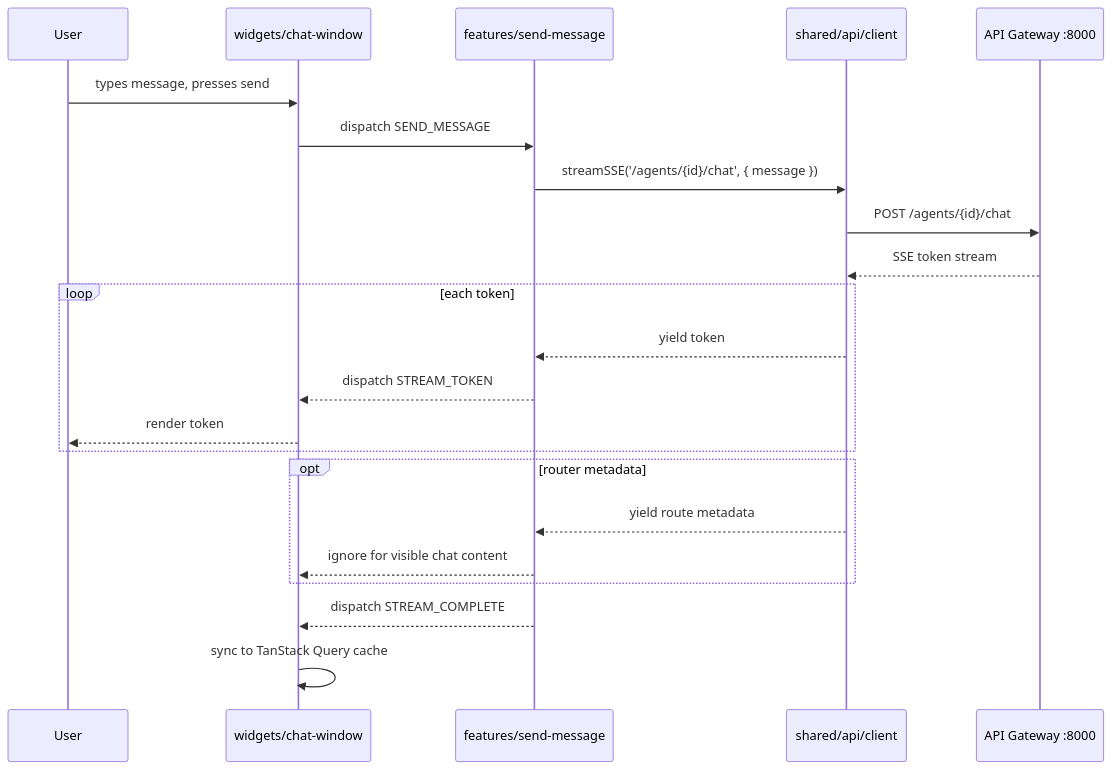
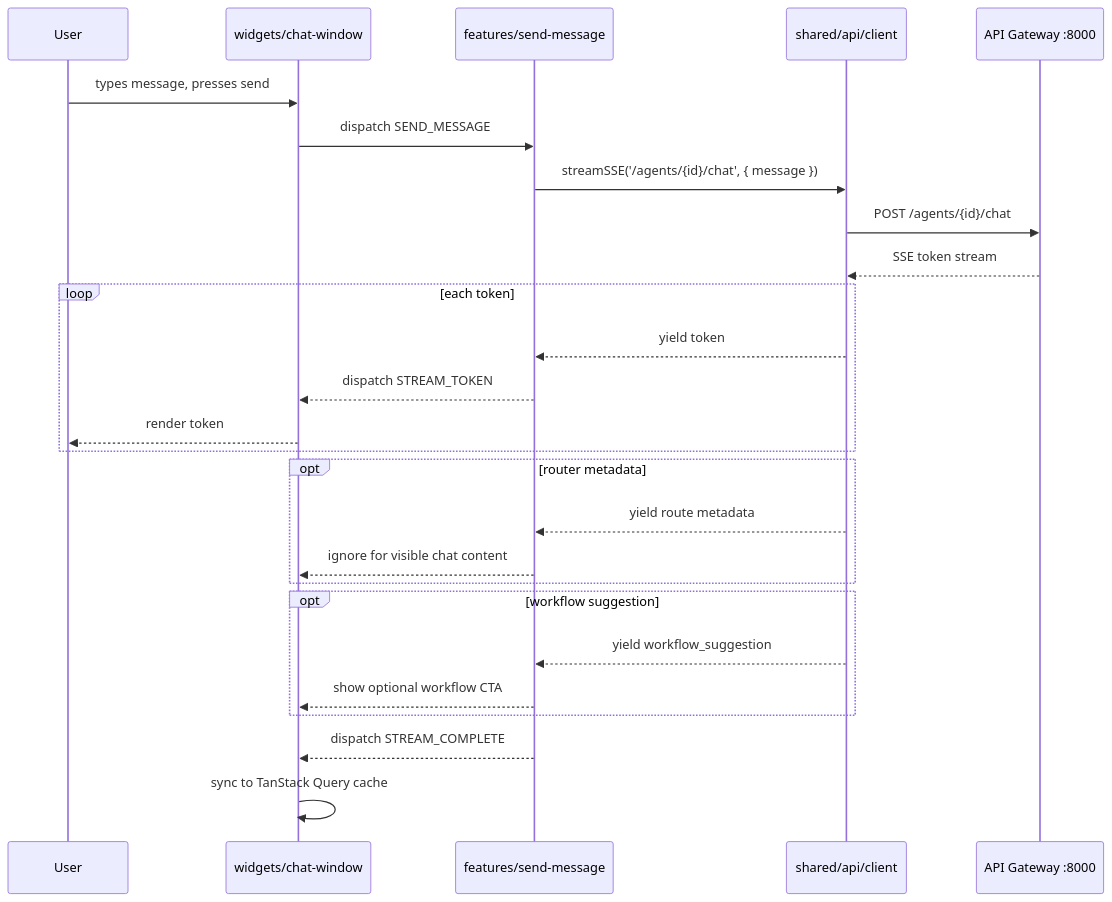
The seventh of 7 diagrams in docs/frontend/architecture.md (valiobar/agents), drawn with Mermaid before and after one commit. The commit also changed other lines of this file and 63 other files, not shown here.

````diff
--- a/docs/frontend/architecture.md
+++ b/docs/frontend/architecture.md
@@ -866,25 +870,29 @@
 ```mermaid
 sequenceDiagram
     participant User
     participant ChatWindow as widgets/chat-window
     participant SendMsg as features/send-message
     participant ApiClient as shared/api/client
     participant Gateway as API Gateway :8000
 
     User->>ChatWindow: types message, presses send
     ChatWindow->>SendMsg: dispatch SEND_MESSAGE
     SendMsg->>ApiClient: streamSSE('/agents/{id}/chat', { message })
     ApiClient->>Gateway: POST /agents/{id}/chat
     Gateway-->>ApiClient: SSE token stream
     loop each token
         ApiClient-->>SendMsg: yield token
         SendMsg-->>ChatWindow: dispatch STREAM_TOKEN
         ChatWindow-->>User: render token
     end
     opt router metadata
         ApiClient-->>SendMsg: yield route metadata
         SendMsg-->>ChatWindow: ignore for visible chat content
     end
+    opt workflow suggestion
+        ApiClient-->>SendMsg: yield workflow_suggestion
+        SendMsg-->>ChatWindow: show optional workflow CTA
+    end
     SendMsg-->>ChatWindow: dispatch STREAM_COMPLETE
     ChatWindow->>ChatWindow: sync to TanStack Query cache
 ```
````
